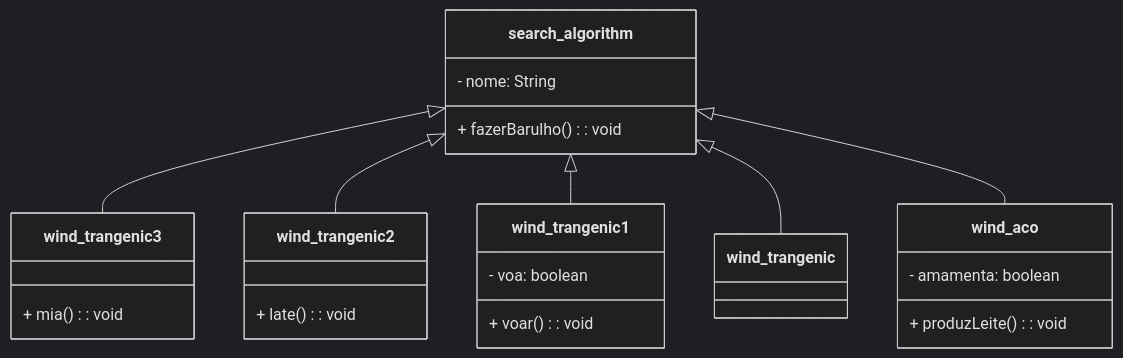
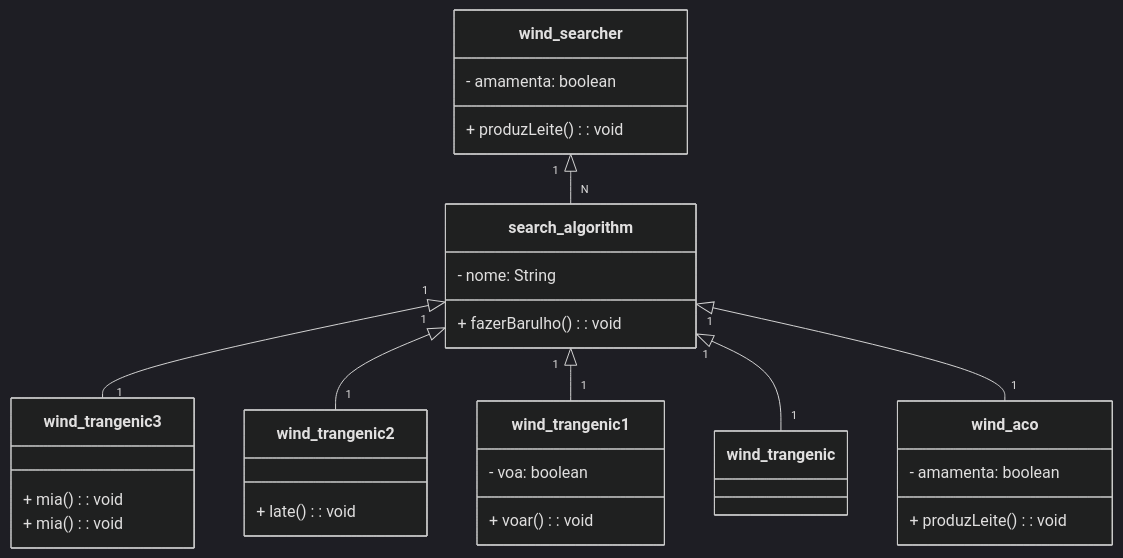
One commit to FernandoSchett/wamuu changed the diagram in docs/uml.md. Above: the diagram before and after it, drawn with Mermaid (dark theme). The commit also changed other lines of this file, not shown here.

Commit message:
[DOCS]: uiml skeleton projected

````diff
--- a/docs/uml.md
+++ b/docs/uml.md
@@ -5,32 +5,42 @@
 ```mermaid
 classDiagram
 
   class search_algorithm {
     - nome: String
     + fazerBarulho(): void
   }
 
   class wind_aco {
     - amamenta: boolean
     + produzLeite(): void
   }
 
   class wind_trangenic1{
     - voa: boolean
     + voar(): void
   }
 
   class wind_trangenic2{
     + late(): void
   }
 
   class wind_trangenic3{
     + mia(): void
   }
 
-  search_algorithm <|-- wind_trangenic3
-  search_algorithm <|-- wind_trangenic2
-  search_algorithm <|-- wind_trangenic1
-  search_algorithm <|-- wind_trangenic
-  search_algorithm <|-- wind_aco
+  class wind_trangenic3{
+    + mia(): void
+  }
+
+  class wind_searcher {
+    - amamenta: boolean
+    + produzLeite(): void
+  }
+
+  search_algorithm "1" <|-- "1" wind_trangenic3
+  search_algorithm "1" <|-- "1" wind_trangenic2
+  search_algorithm "1" <|-- "1" wind_trangenic1
+  search_algorithm "1" <|-- "1" wind_trangenic
+  search_algorithm "1" <|-- "1" wind_aco
+  wind_searcher "1" <|-- "N" search_algorithm
 ```
````
